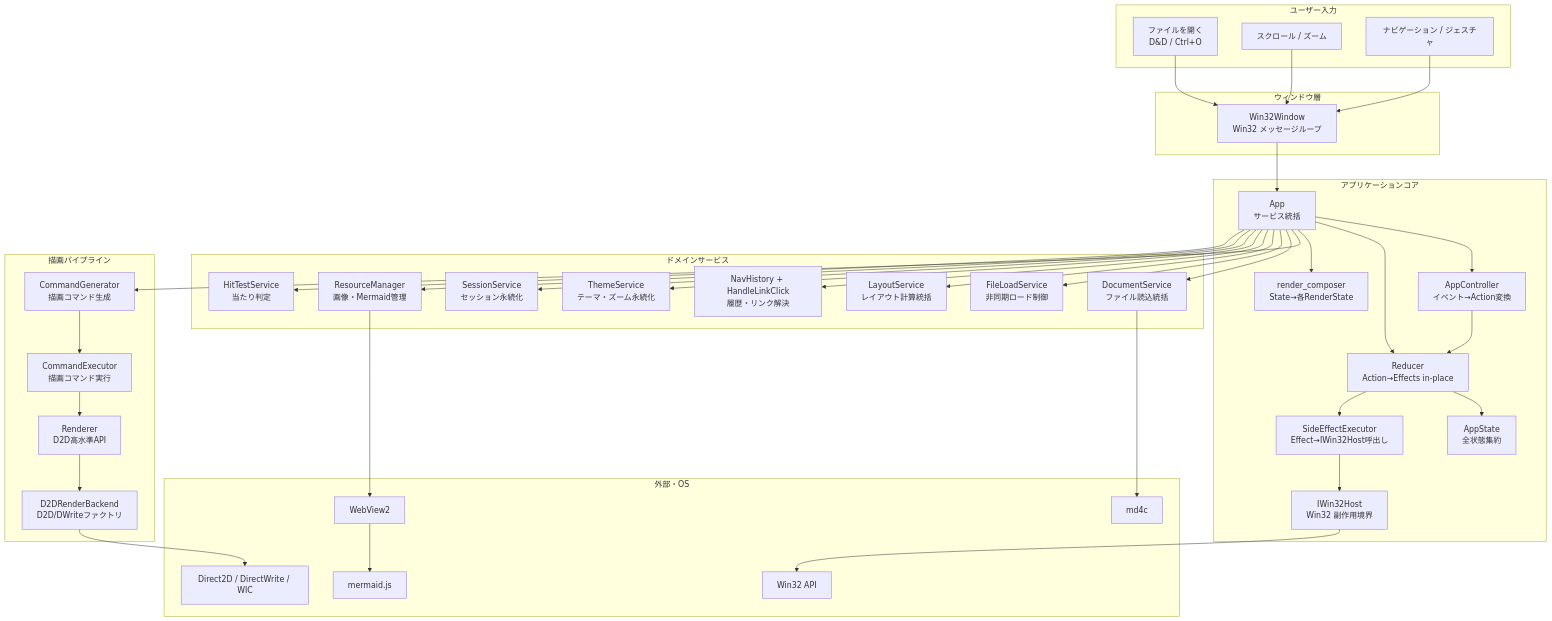
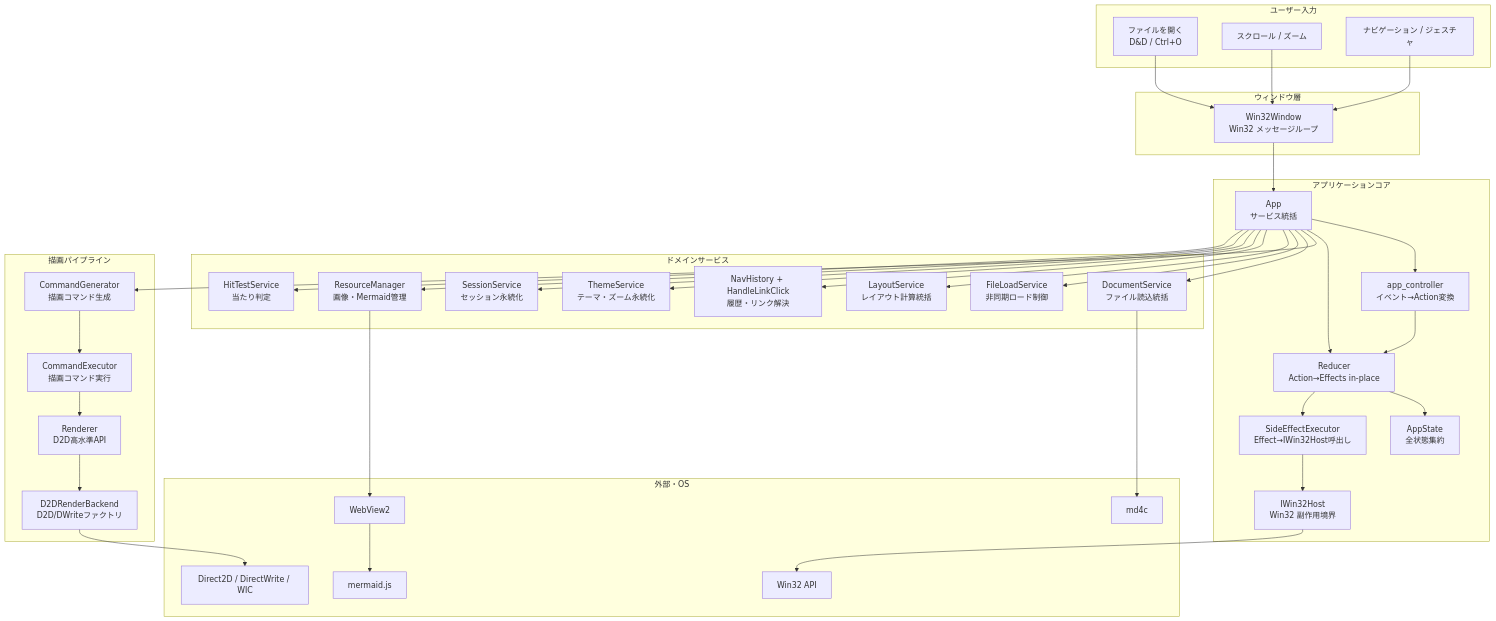
One commit to tanaton/mendo changed the first of 27 diagrams in example/test.md. Above: the diagram before and after it, drawn with Mermaid. The commit also changed other lines of this file, not shown here.

````diff
--- a/example/test.md
+++ b/example/test.md
@@ -36,68 +36,66 @@
 ```mermaid
 graph TB
     subgraph ユーザー入力
         A[ファイルを開く<br>D&D / Ctrl+O]
         B[スクロール / ズーム]
         C[ナビゲーション / ジェスチャ]
     end
 
     subgraph ウィンドウ層
         W[Win32Window<br>Win32 メッセージループ]
     end
 
     subgraph アプリケーションコア
         APP[App<br>サービス統括]
         AS[AppState<br>全状態集約]
         RD[Reducer<br>Action→Effects in-place]
         SEE[SideEffectExecutor<br>Effect→IWin32Host呼出し]
-        RC[render_composer<br>State→各RenderState]
-        AC[AppController<br>イベント→Action変換]
+        AC[app_controller<br>イベント→Action変換]
         WH[IWin32Host<br>Win32 副作用境界]
     end
 
     subgraph ドメインサービス
         DS[DocumentService<br>ファイル読込統括]
         FLS[FileLoadService<br>非同期ロード制御]
         LS[LayoutService<br>レイアウト計算統括]
         NH[NavHistory + HandleLinkClick<br>履歴・リンク解決]
         TS[ThemeService<br>テーマ・ズーム永続化]
         SS_SVC[SessionService<br>セッション永続化]
         RM[ResourceManager<br>画像・Mermaid管理]
         HT[HitTestService<br>当たり判定]
     end
 
     subgraph 描画パイプライン
         CG[CommandGenerator<br>描画コマンド生成]
         CE[CommandExecutor<br>描画コマンド実行]
         REN[Renderer<br>D2D高水準API]
         RB[D2DRenderBackend<br>D2D/DWriteファクトリ]
     end
 
     subgraph "外部・OS"
         MD[md4c]
         WV[WebView2]
         MJ[mermaid.js]
         D2D_OS[Direct2D / DirectWrite / WIC]
         OS[Win32 API]
     end
 
     A & B & C --> W
     W --> APP
     APP --> AC
     AC --> RD
     APP --> RD
     RD --> AS
     RD --> SEE
     SEE --> WH
     WH --> OS
-    APP --> RC
     APP --> CG
     CG --> CE
     CE --> REN
     REN --> RB
     RB --> D2D_OS
     APP --> DS & FLS & LS & NH & TS & SS_SVC & RM & HT
     DS --> MD
     RM --> WV
     WV --> MJ
 ```
````
